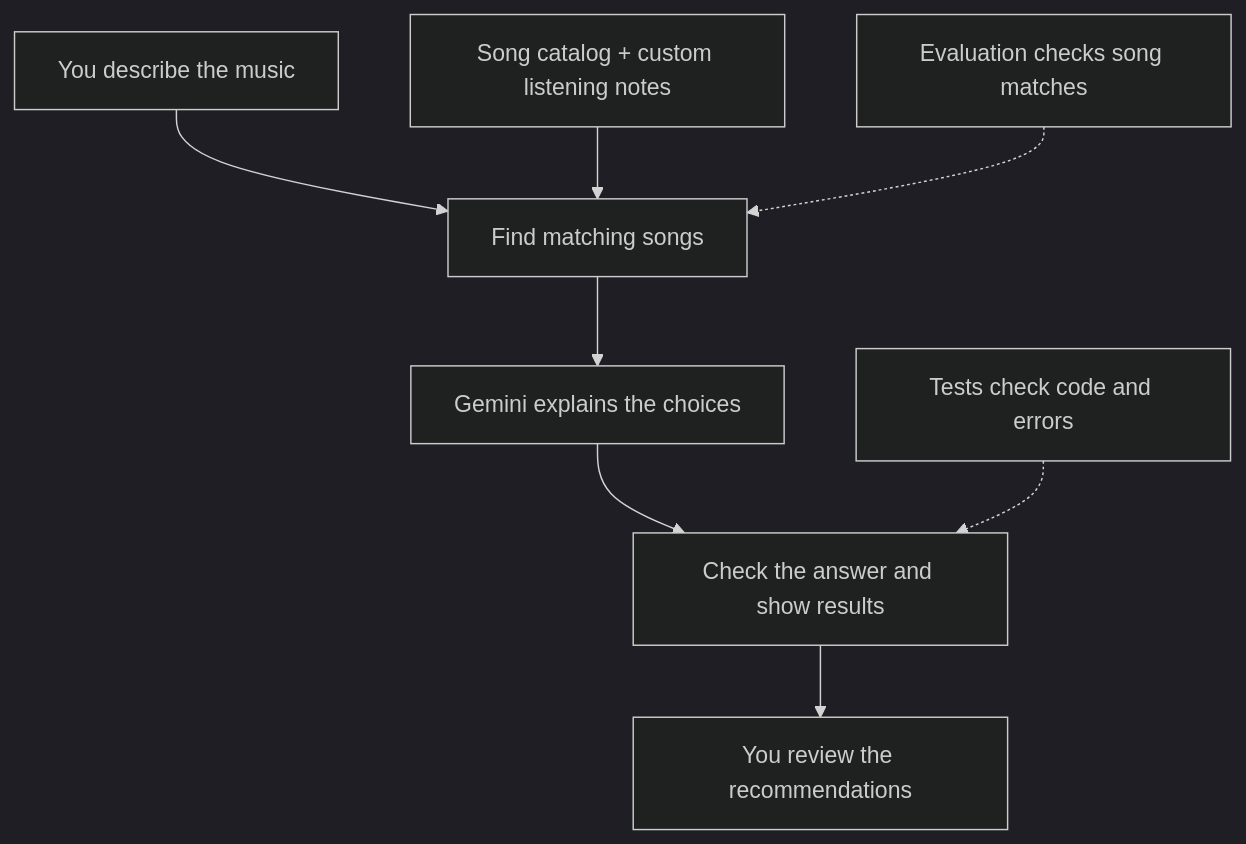
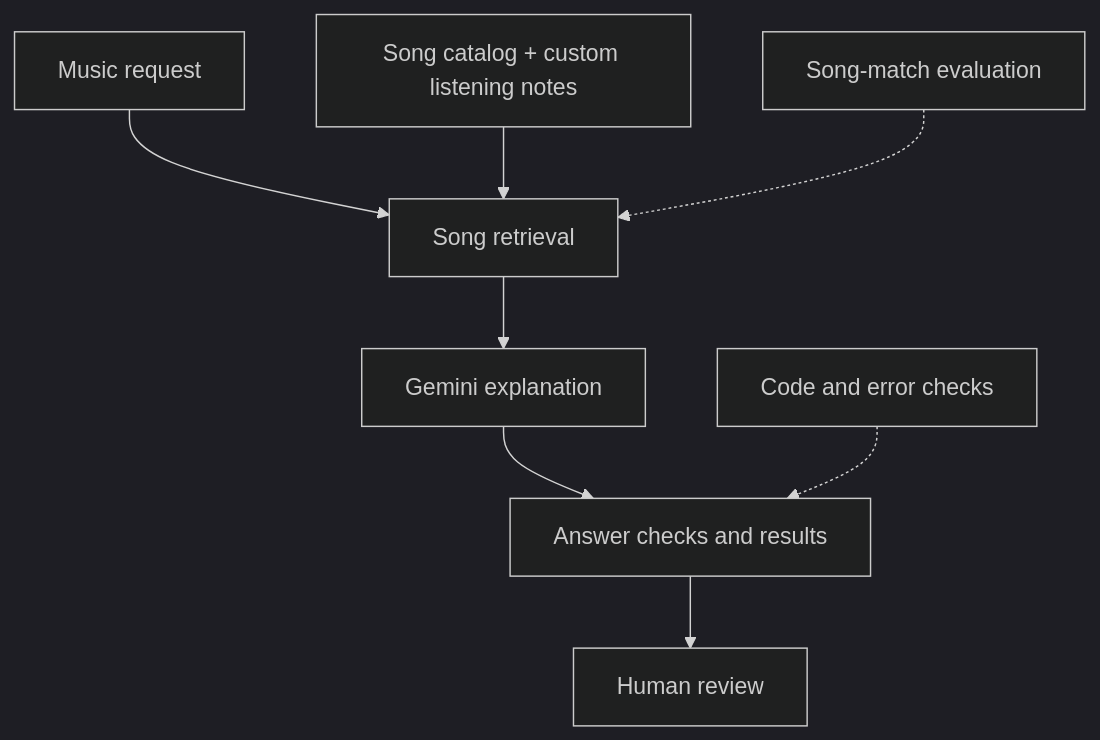
One commit to Bhabishya-Poudel/applied-ai-system-project changed the diagram in README.md. Above: the diagram before and after it, drawn with Mermaid (dark theme). The commit also changed other lines of this file and 3 other files, not shown here.

````diff
--- a/README.md
+++ b/README.md
@@ -19,10 +19,10 @@
 ```mermaid
 flowchart TD
-    A["You describe the music"] --> B["Find matching songs"]
+    A["Music request"] --> B["Song retrieval"]
     S["Song catalog + custom listening notes"] --> B
-    B --> C["Gemini explains the choices"]
-    C --> D["Check the answer and show results"]
-    D --> H["You review the recommendations"]
-    E["Evaluation checks song matches"] -.-> B
-    T["Tests check code and errors"] -.-> D
+    B --> C["Gemini explanation"]
+    C --> D["Answer checks and results"]
+    D --> H["Human review"]
+    E["Song-match evaluation"] -.-> B
+    T["Code and error checks"] -.-> D
 ```
````
